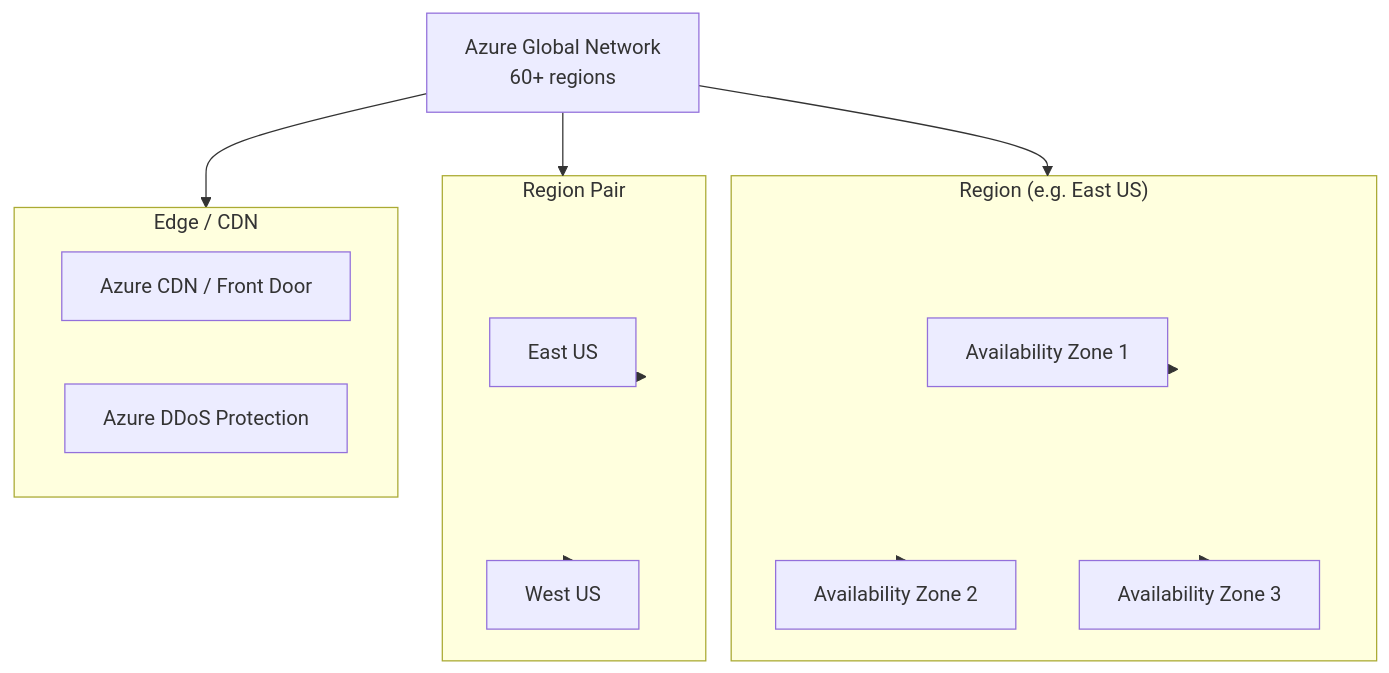
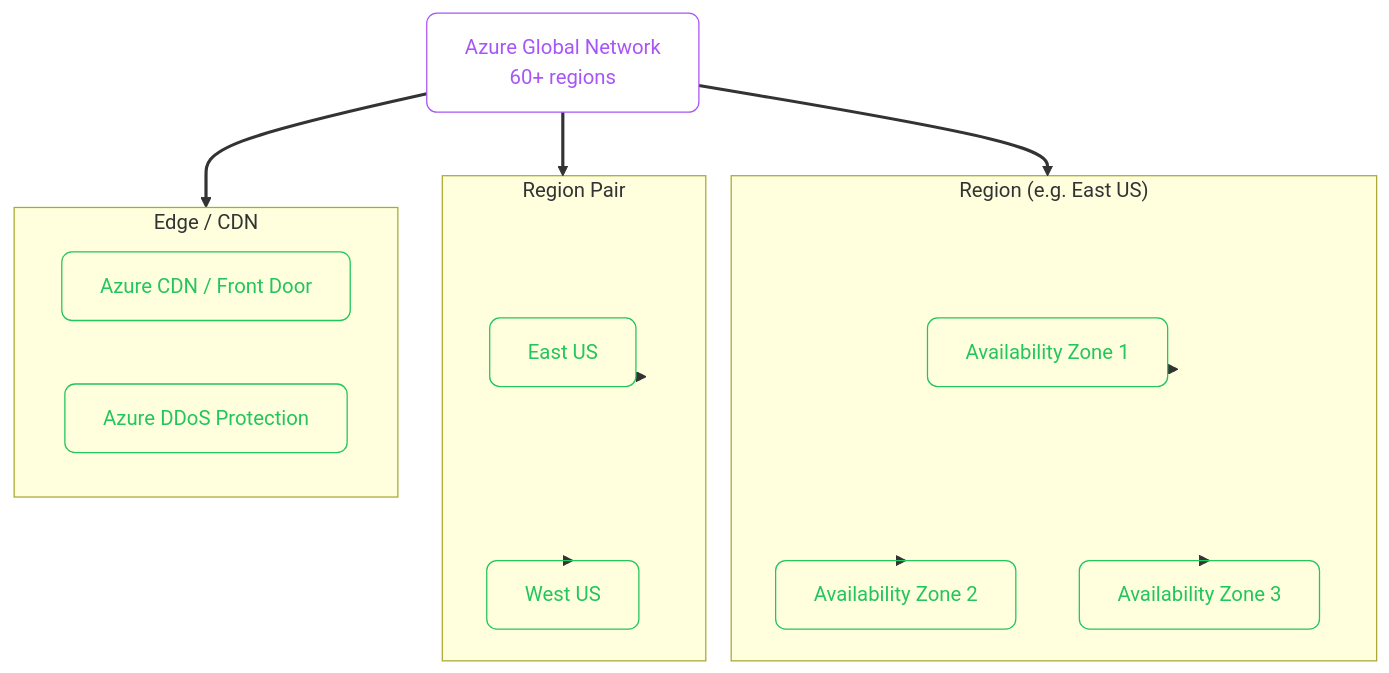
One commit to zafarale/cloudification changed the first of 6 diagrams in src/content/cloud/azure/01-intro.mdx. Above: the diagram before and after it, drawn with Mermaid. The commit also changed other lines of this file and 84 other files, not shown here.

````diff
--- a/src/content/cloud/azure/01-intro.mdx
+++ b/src/content/cloud/azure/01-intro.mdx
@@ -38,26 +38,32 @@
 ```mermaid
 flowchart TD
-    GLOBE["Azure Global Network\n60+ regions"]
+    accTitle: Azure Global Infrastructure
+    accDescr: Flowchart (td) showing Azure Global Network 60 regions, e.g. East US, Availability Zone 1
+    classDef step fill:none,stroke:#a855f7,color:#a855f7,rx:8,ry:8
+    classDef ok   fill:none,stroke:#22c55e,color:#22c55e,rx:8,ry:8
+    linkStyle default stroke-width:2.5px
+
+    GLOBE["Azure Global Network<br/>60+ regions"]:::step
 
     subgraph REG["Region (e.g. East US)"]
-        AZ1["Availability Zone 1"]
-        AZ2["Availability Zone 2"]
-        AZ3["Availability Zone 3"]
+        AZ1["Availability Zone 1"]:::ok
+        AZ2["Availability Zone 2"]:::ok
+        AZ3["Availability Zone 3"]:::ok
     end
 
     subgraph PAIR["Region Pair"]
-        EAST["East US"]
-        WEST["West US"]
+        EAST["East US"]:::ok
+        WEST["West US"]:::ok
     end
 
     subgraph EDGE_NET["Edge / CDN"]
-        CDN["Azure CDN / Front Door"]
-        DDOS["Azure DDoS Protection"]
+        CDN["Azure CDN / Front Door"]:::ok
+        DDOS["Azure DDoS Protection"]:::ok
     end
 
     GLOBE --> REG
     GLOBE --> PAIR
     GLOBE --> EDGE_NET
     REG --> AZ1 & AZ2 & AZ3
     PAIR --> EAST & WEST
 ```
````
